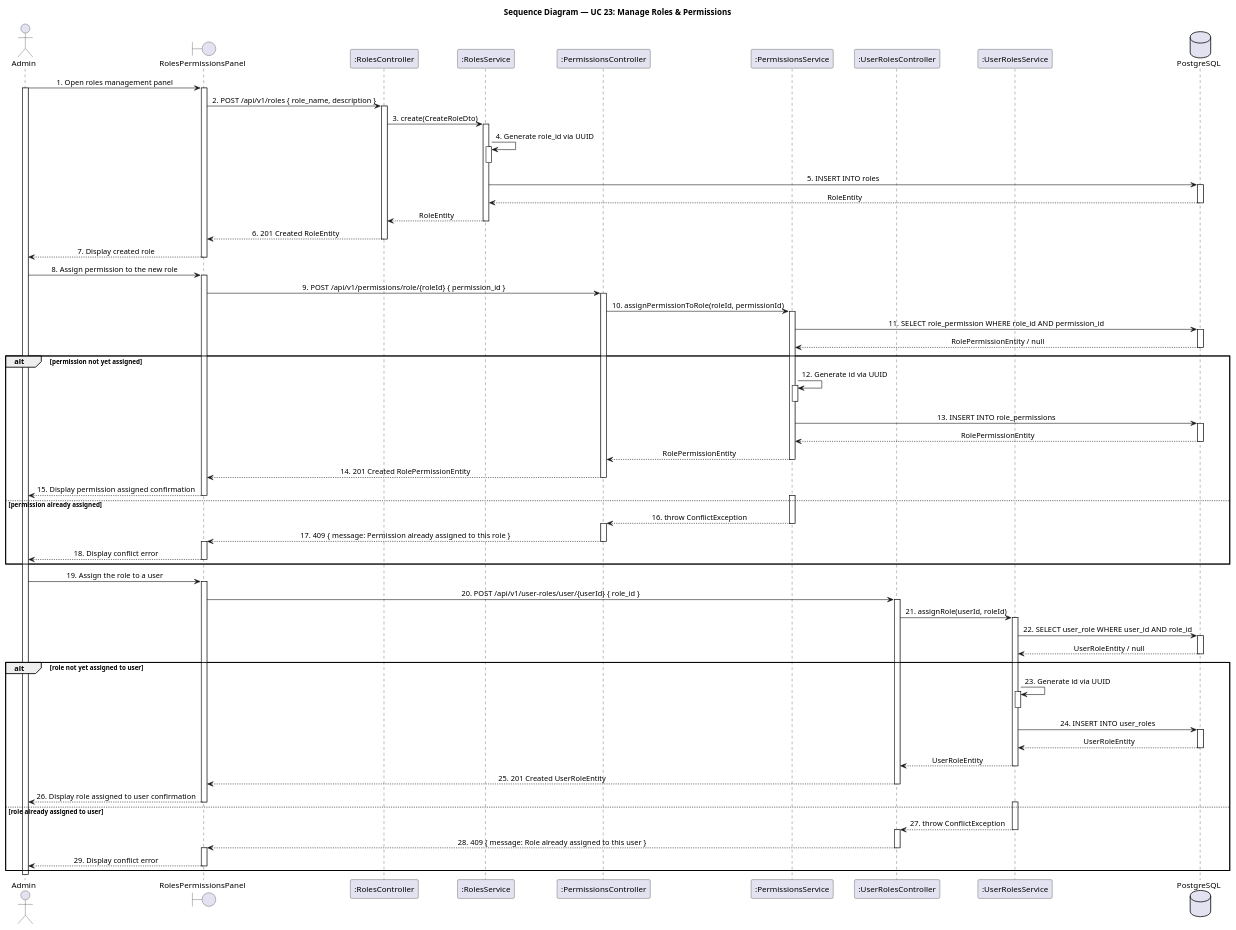
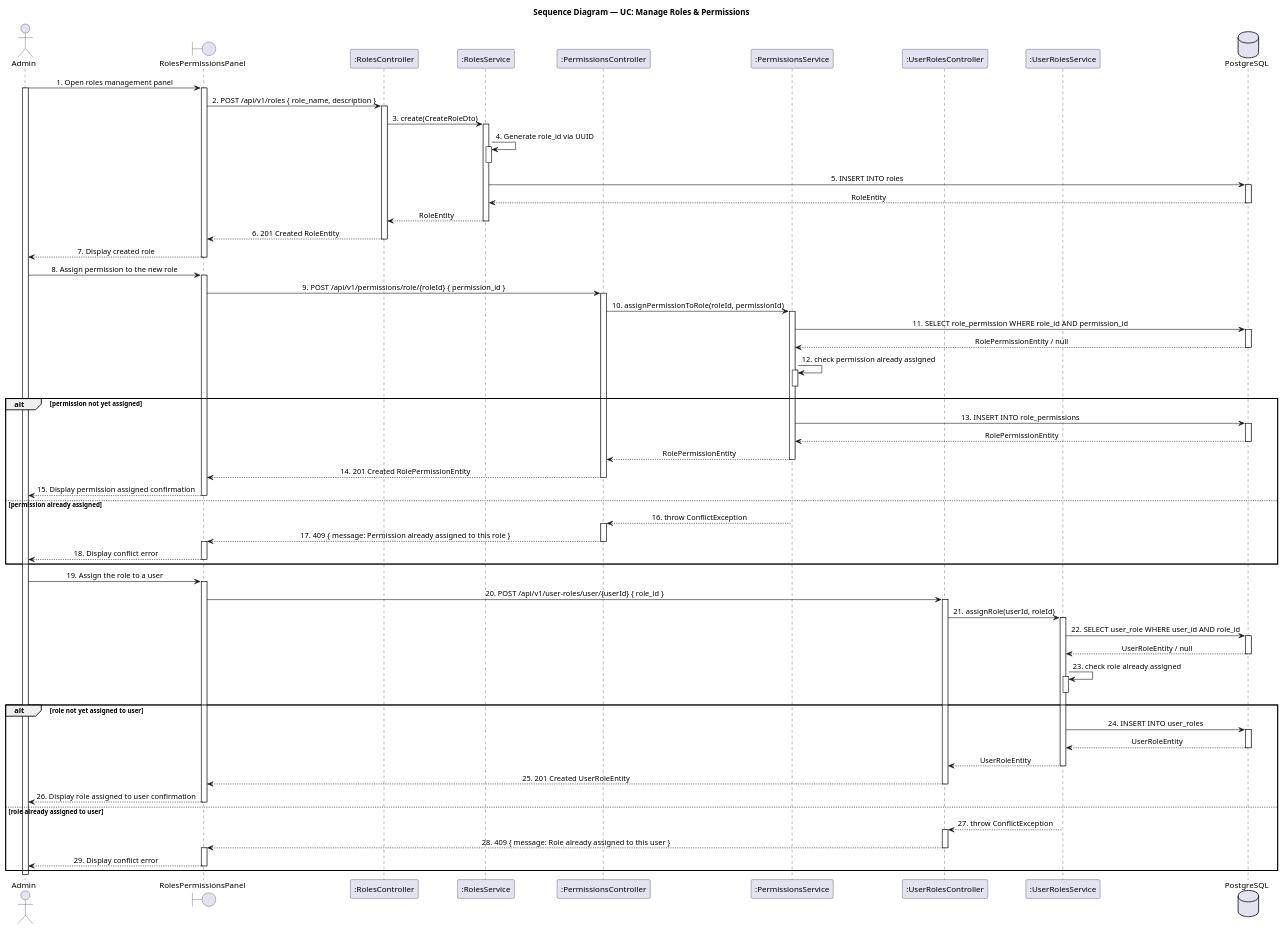
Before and after one commit to LTPPPP/Smart-Medical-Intelligent-Ledger-for-E-health-S.M.I.L.E-: the diagram in docs/sequence-diagram/UC23_ManageRoles.puml, drawn with PlantUML. The commit also changed 19 other files, not shown here.

```diff
--- a/docs/sequence-diagram/UC23_ManageRoles.puml
+++ b/docs/sequence-diagram/UC23_ManageRoles.puml
@@ -1,139 +1,131 @@
 @startuml SequenceDiagram
 skinparam shadowing false
 skinparam sequenceMessageAlign center
 
-title Sequence Diagram — UC 23: Manage Roles & Permissions
+title Sequence Diagram — UC: Manage Roles & Permissions
 
 actor "Admin" as user
 boundary "RolesPermissionsPanel" as form
 participant ":RolesController" as roleCtrl
 participant ":RolesService" as roleSvc
 participant ":PermissionsController" as permCtrl
 participant ":PermissionsService" as permSvc
 participant ":UserRolesController" as urCtrl
 participant ":UserRolesService" as urSvc
 database "PostgreSQL" as db
 
 user -> form : 1. Open roles management panel
 activate user
 activate form
 
 form -> roleCtrl : 2. POST /api/v1/roles { role_name, description }
 activate roleCtrl
 
 roleCtrl -> roleSvc : 3. create(CreateRoleDto)
 activate roleSvc
 
 roleSvc -> roleSvc : 4. Generate role_id via UUID
 activate roleSvc
 deactivate roleSvc
 
 roleSvc -> db : 5. INSERT INTO roles
 activate db
 db --> roleSvc : RoleEntity
 deactivate db
 
 roleSvc --> roleCtrl : RoleEntity
 deactivate roleSvc
 
 roleCtrl --> form : 6. 201 Created RoleEntity
 deactivate roleCtrl
 
 form --> user : 7. Display created role
 deactivate form
 
 user -> form : 8. Assign permission to the new role
 activate form
 
 form -> permCtrl : 9. POST /api/v1/permissions/role/{roleId} { permission_id }
 activate permCtrl
 
 permCtrl -> permSvc : 10. assignPermissionToRole(roleId, permissionId)
 activate permSvc
 
 permSvc -> db : 11. SELECT role_permission WHERE role_id AND permission_id
 activate db
 db --> permSvc : RolePermissionEntity / null
 deactivate db
 
+permSvc -> permSvc : 12. check permission already assigned
+activate permSvc
+deactivate permSvc
 alt permission not yet assigned
-  permSvc -> permSvc : 12. Generate id via UUID
-  activate permSvc
-  deactivate permSvc
-
   permSvc -> db : 13. INSERT INTO role_permissions
   activate db
   db --> permSvc : RolePermissionEntity
   deactivate db
 
   permSvc --> permCtrl : RolePermissionEntity
   deactivate permSvc
 
   permCtrl --> form : 14. 201 Created RolePermissionEntity
   deactivate permCtrl
 
   form --> user : 15. Display permission assigned confirmation
   deactivate form
 else permission already assigned
-  activate permSvc
   permSvc --> permCtrl : 16. throw ConflictException
   deactivate permSvc
-
   activate permCtrl
   permCtrl --> form : 17. 409 { message: Permission already assigned to this role }
   deactivate permCtrl
-
   activate form
   form --> user : 18. Display conflict error
   deactivate form
 end
 
 user -> form : 19. Assign the role to a user
 activate form
 
 form -> urCtrl : 20. POST /api/v1/user-roles/user/{userId} { role_id }
 activate urCtrl
 
 urCtrl -> urSvc : 21. assignRole(userId, roleId)
 activate urSvc
 
 urSvc -> db : 22. SELECT user_role WHERE user_id AND role_id
 activate db
 db --> urSvc : UserRoleEntity / null
 deactivate db
 
+urSvc -> urSvc : 23. check role already assigned
+activate urSvc
+deactivate urSvc
 alt role not yet assigned to user
-  urSvc -> urSvc : 23. Generate id via UUID
-  activate urSvc
-  deactivate urSvc
-
   urSvc -> db : 24. INSERT INTO user_roles
   activate db
   db --> urSvc : UserRoleEntity
   deactivate db
 
   urSvc --> urCtrl : UserRoleEntity
   deactivate urSvc
 
   urCtrl --> form : 25. 201 Created UserRoleEntity
   deactivate urCtrl
 
   form --> user : 26. Display role assigned to user confirmation
   deactivate form
 else role already assigned to user
-  activate urSvc
   urSvc --> urCtrl : 27. throw ConflictException
   deactivate urSvc
-
   activate urCtrl
   urCtrl --> form : 28. 409 { message: Role already assigned to this user }
   deactivate urCtrl
-
   activate form
   form --> user : 29. Display conflict error
   deactivate form
 end
 
 deactivate user
 
 @enduml
```
